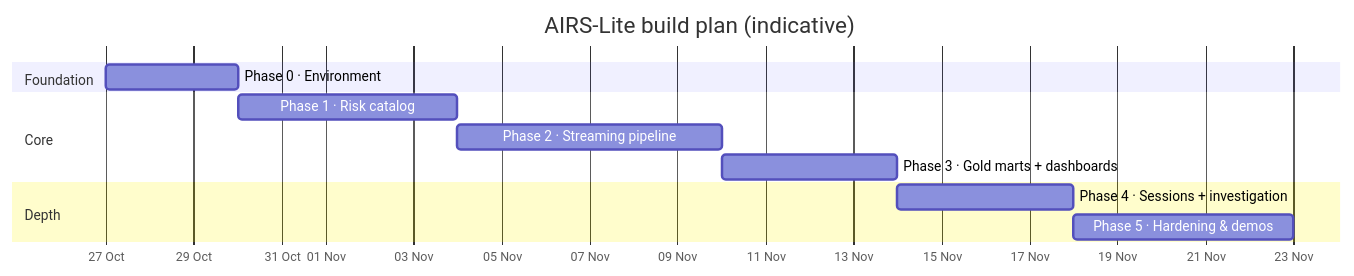
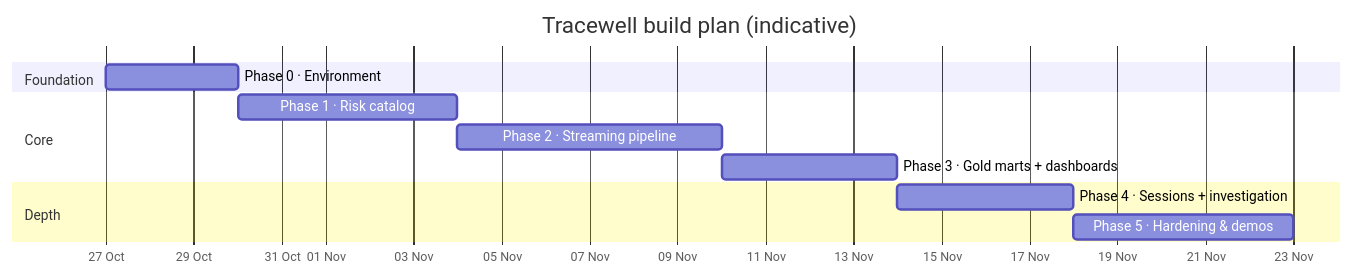
The diagram in docs/07-roadmap.md (sayanah1121/AIRS-Lite-an-AI-Asset-Risk-Lakehouse), drawn with Mermaid before and after one commit. The commit also changed other lines of this file and 104 other files, not shown here.

````diff
--- a/docs/07-roadmap.md
+++ b/docs/07-roadmap.md
@@ -5,15 +5,15 @@
 ```mermaid
 gantt
-    title AIRS-Lite build plan (indicative)
+    title Tracewell build plan (indicative)
     dateFormat  YYYY-MM-DD
     axisFormat  %d %b
     section Foundation
     Phase 0 · Environment            :p0, 2026-10-27, 3d
     section Core
     Phase 1 · Risk catalog            :p1, after p0, 5d
     Phase 2 · Streaming pipeline      :p2, after p1, 6d
     Phase 3 · Gold marts + dashboards :p3, after p2, 4d
     section Depth
     Phase 4 · Sessions + investigation:p4, after p3, 4d
     Phase 5 · Hardening & demos       :p5, after p4, 5d
 ```
````
